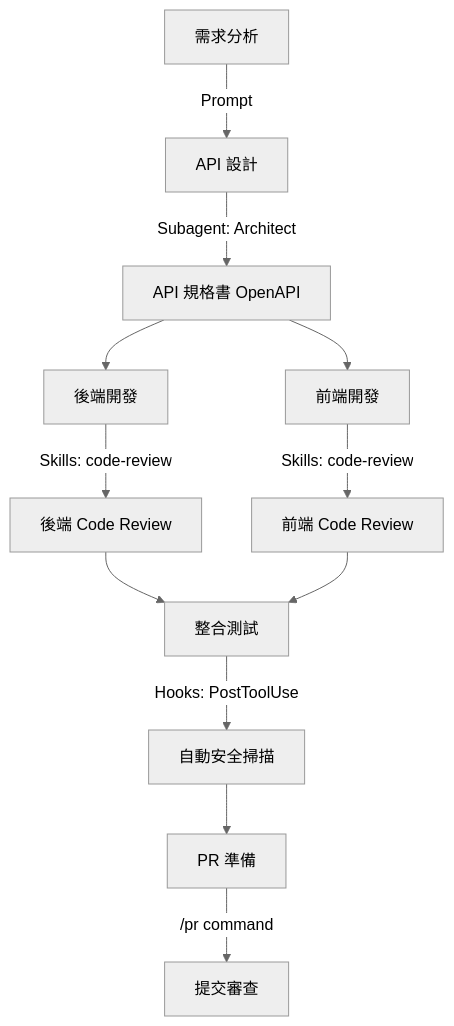
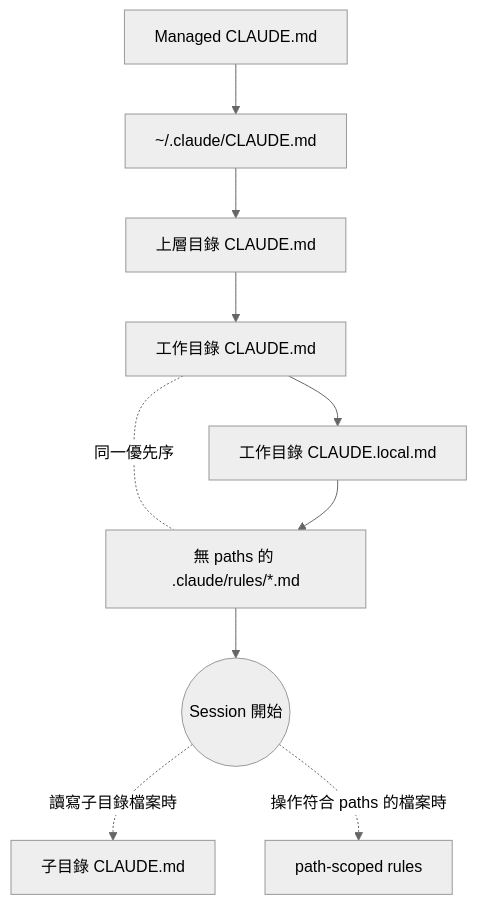
Before and after one commit to chihhung/Blog: the second of 9 diagrams in content/posts/教學/AI開發/claude-howto 教學手冊.md, drawn with Mermaid (neutral theme). The commit also changed other lines of this file and 4 other files, not shown here.

````diff
--- a/content/posts/教學/AI開發/claude-howto 教學手冊.md
+++ b/content/posts/教學/AI開發/claude-howto 教學手冊.md
@@ -1514,14 +1562,12 @@
 ```mermaid
-graph TD
-    A[需求分析] -->|Prompt| B[API 設計]
-    B -->|"Subagent: Architect"| C[API 規格書 OpenAPI]
-    C --> D[後端開發]
-    C --> E[前端開發]
-    D -->|"Skills: code-review"| F[後端 Code Review]
-    E -->|"Skills: code-review"| G[前端 Code Review]
-    F --> H[整合測試]
-    G --> H
-    H -->|"Hooks: PostToolUse"| I[自動安全掃描]
-    I --> J[PR 準備]
-    J -->|"/pr command"| K[提交審查]
+flowchart TB
+    A[Managed CLAUDE.md] --> B[~/.claude/CLAUDE.md]
+    B --> C[上層目錄 CLAUDE.md]
+    C --> D[工作目錄 CLAUDE.md]
+    D --> E[工作目錄 CLAUDE.local.md]
+    D -.同一優先序.- F[無 paths 的 .claude/rules/*.md]
+    E --> F
+    F --> G((Session 開始))
+    G -.讀寫子目錄檔案時.-> H[子目錄 CLAUDE.md]
+    G -.操作符合 paths 的檔案時.-> I[path-scoped rules]
 ```
````
